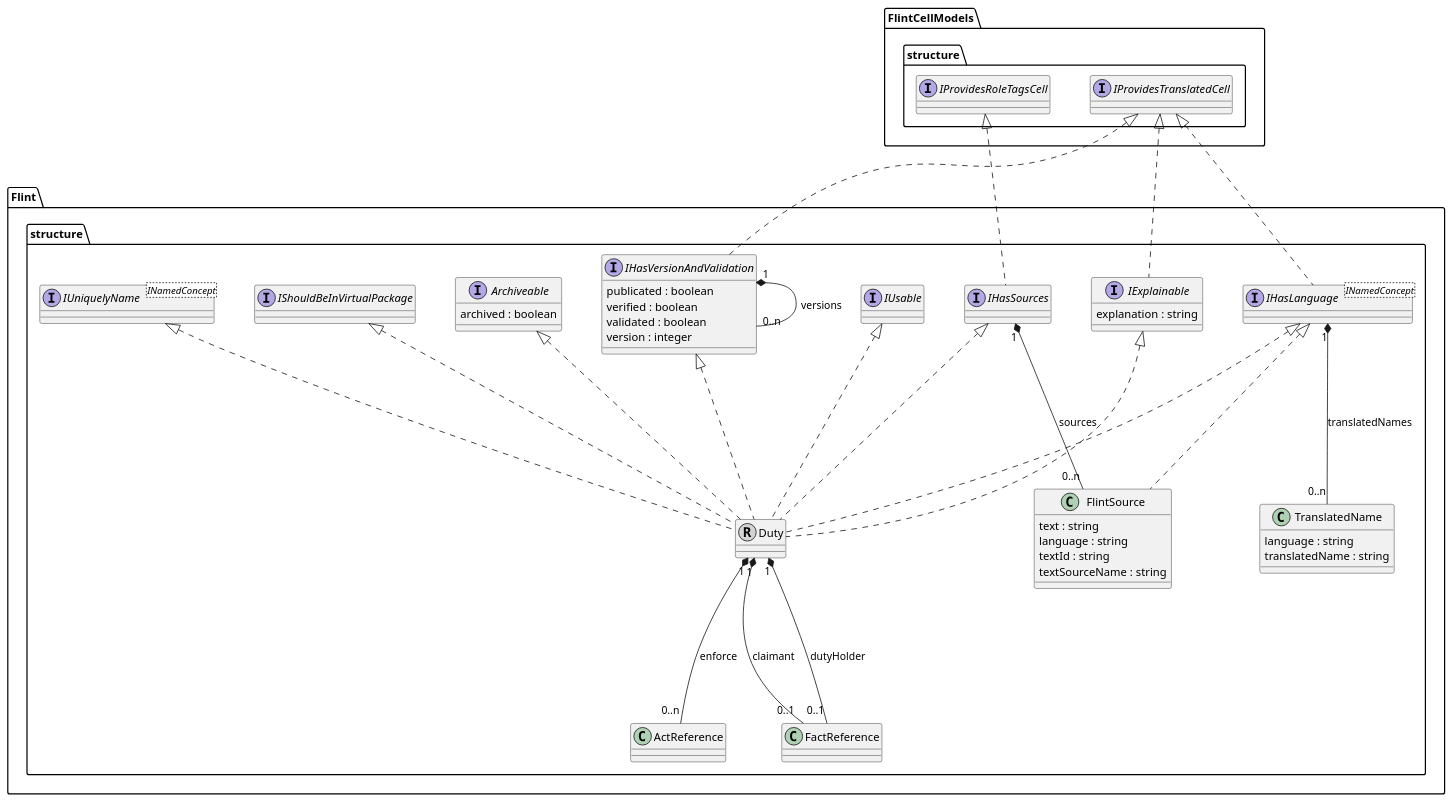
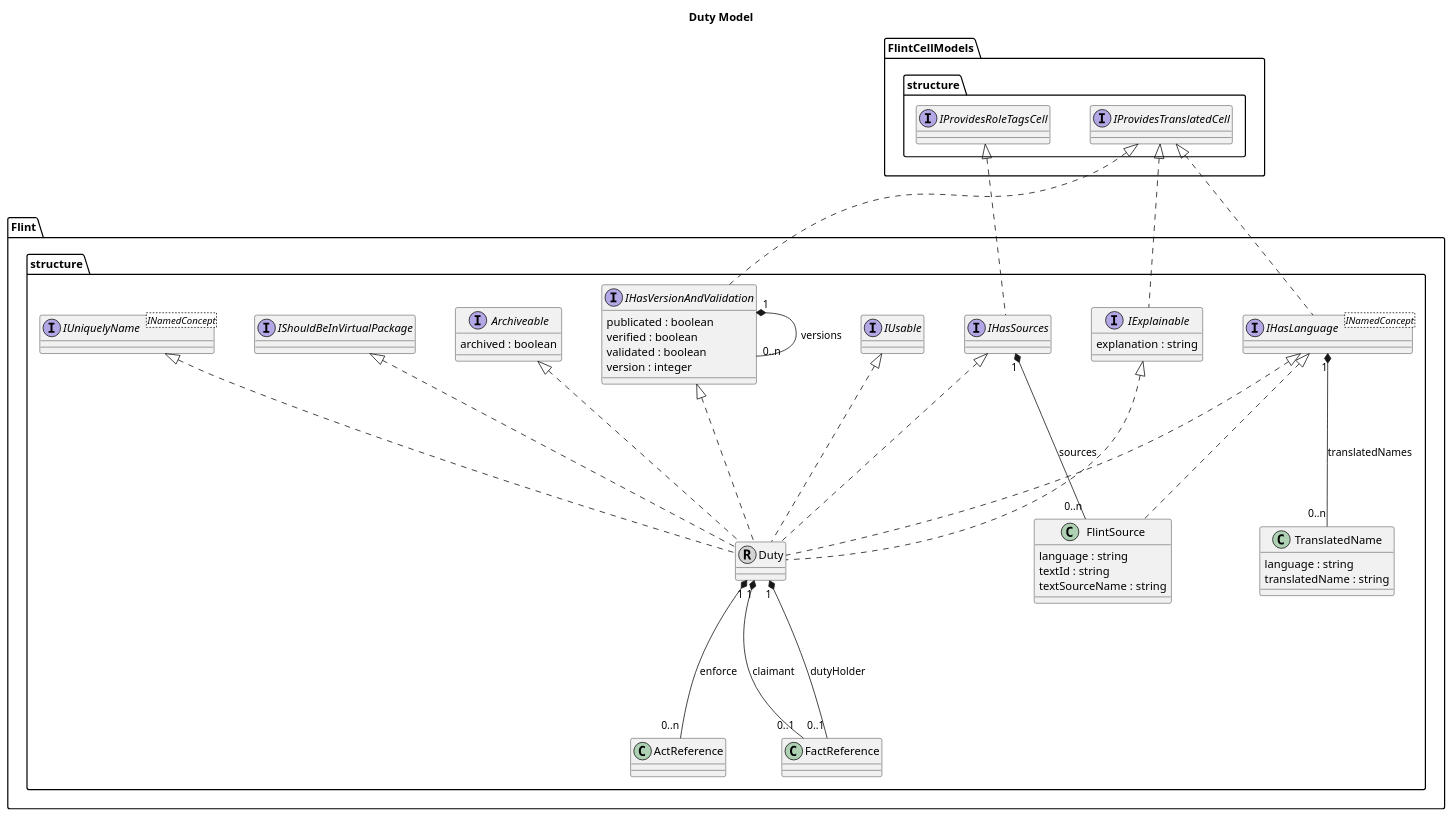
One commit to discipl/flinteditor-mps changed the diagram in docs/uml/duty-model.puml. Above: the diagram before and after it, drawn with PlantUML. The commit also changed 13 other files, not shown here.

```diff
--- a/docs/uml/duty-model.puml
+++ b/docs/uml/duty-model.puml
@@ -1,54 +1,53 @@
 @startuml Duty-Model
-
+title Duty Model
 skinparam nodesep 50
 skinparam ranksep 150
 
 interface "Flint.structure.IUniquelyName" <INamedConcept>
 interface "Flint.structure.IUsable" 
 interface "Flint.structure.IHasVersionAndValidation" 
 "Flint.structure.IHasVersionAndValidation" : publicated : boolean
 "Flint.structure.IHasVersionAndValidation" : verified : boolean
 "Flint.structure.IHasVersionAndValidation" : validated : boolean
 "Flint.structure.IHasVersionAndValidation" : version : integer
 interface "Flint.structure.IExplainable" 
 "Flint.structure.IExplainable" : explanation : string
 interface "Flint.structure.IShouldBeInVirtualPackage" 
 interface "Flint.structure.Archiveable" 
 "Flint.structure.Archiveable" : archived : boolean
 interface "Flint.structure.IHasLanguage" <INamedConcept>
 interface "FlintCellModels.structure.IProvidesRoleTagsCell" 
 interface "Flint.structure.IHasSources" 
 interface "FlintCellModels.structure.IProvidesTranslatedCell" 
 class "Flint.structure.Duty"  << (R, lightgrey) >>
 class "Flint.structure.ActReference"
 class "Flint.structure.FactReference"
 class "Flint.structure.TranslatedName"  
 "Flint.structure.TranslatedName" : language : string
 "Flint.structure.TranslatedName" : translatedName : string
 class "Flint.structure.FlintSource"
-"Flint.structure.FlintSource" : text : string
 "Flint.structure.FlintSource" : language : string
 "Flint.structure.FlintSource" : textId : string
 "Flint.structure.FlintSource" : textSourceName : string  
 "Flint.structure.IHasLanguage" <|.. "Flint.structure.FlintSource" 
 
 "FlintCellModels.structure.IProvidesTranslatedCell" <|.. "Flint.structure.IHasVersionAndValidation"
 "FlintCellModels.structure.IProvidesTranslatedCell" <|.. "Flint.structure.IExplainable"
 "FlintCellModels.structure.IProvidesTranslatedCell" <|.. "Flint.structure.IHasLanguage"
 "FlintCellModels.structure.IProvidesRoleTagsCell" <|.. "Flint.structure.IHasSources"
 "Flint.structure.IUniquelyName" <|.. "Flint.structure.Duty"
 "Flint.structure.IExplainable" <|.. "Flint.structure.Duty"
 "Flint.structure.IUsable" <|.. "Flint.structure.Duty"
 "Flint.structure.IHasSources" <|.. "Flint.structure.Duty"
 "Flint.structure.IShouldBeInVirtualPackage" <|.. "Flint.structure.Duty"
 "Flint.structure.IHasLanguage" <|.. "Flint.structure.Duty"
 "Flint.structure.IHasVersionAndValidation" <|.. "Flint.structure.Duty"
 "Flint.structure.Archiveable" <|.. "Flint.structure.Duty"
 "Flint.structure.Duty" "1" *-- "0..1" "Flint.structure.FactReference" : dutyHolder
 "Flint.structure.Duty" "1" *-- "0..1" "Flint.structure.FactReference" : claimant
 "Flint.structure.Duty" "1" *-- "0..n" "Flint.structure.ActReference" : enforce
 "Flint.structure.IHasVersionAndValidation" "1" *-- "0..n" "Flint.structure.IHasVersionAndValidation" : versions
 "Flint.structure.IHasLanguage" "1" *-- "0..n" "Flint.structure.TranslatedName" : translatedNames
 "Flint.structure.IHasSources" "1" *-- "0..n" "Flint.structure.FlintSource" : sources
 
 @enduml
```
